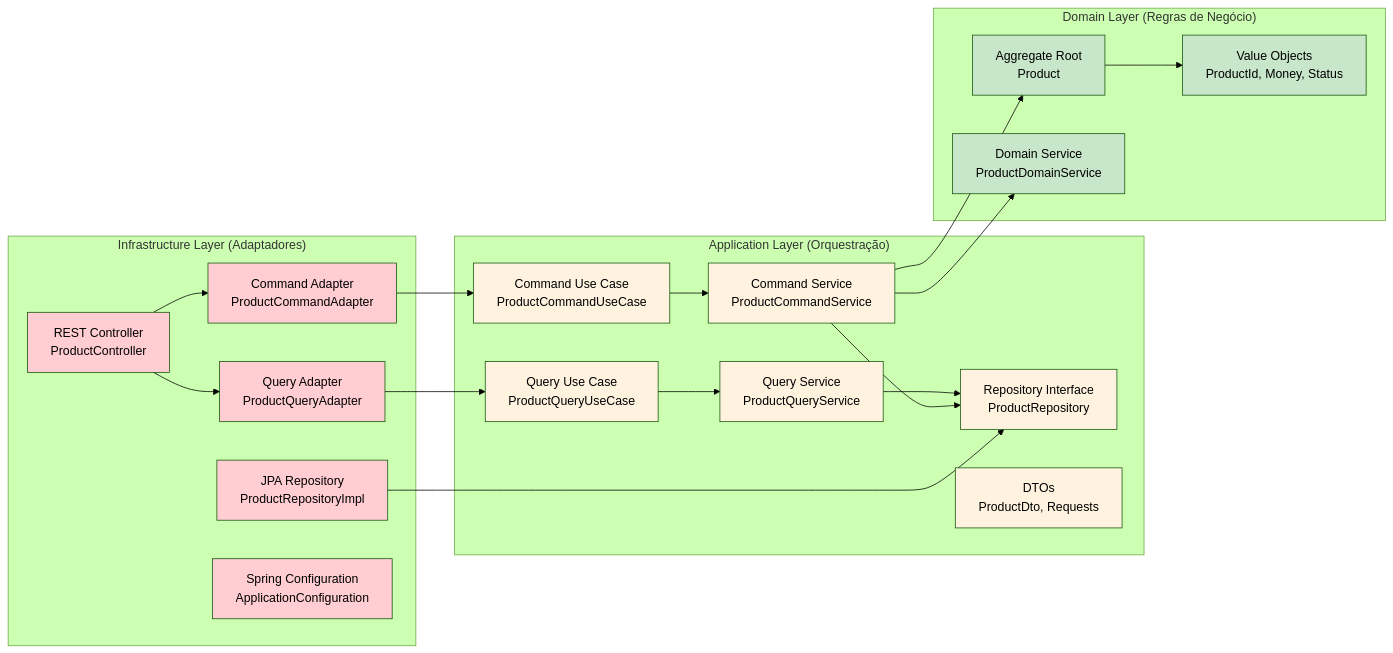
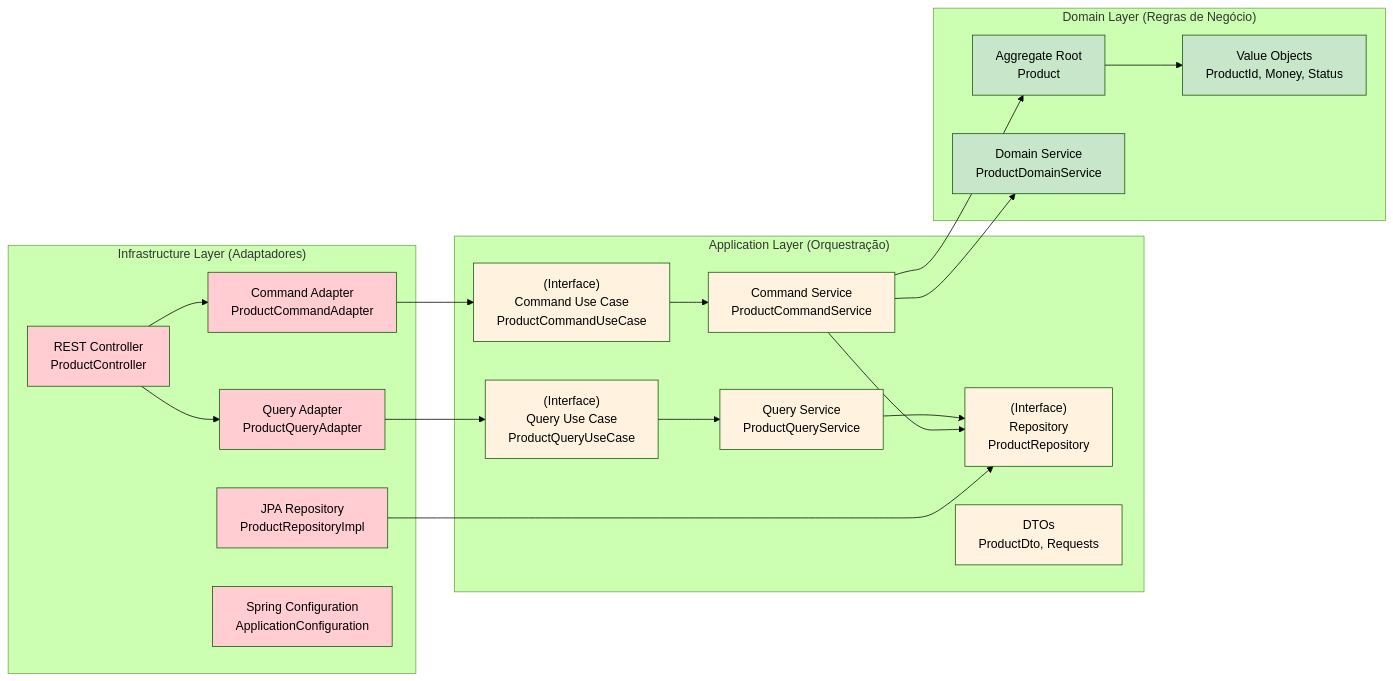
The second of 2 diagrams in README.md (cvagheti/microservice-ddd-hexagonal), drawn with Mermaid (forest theme) before and after one commit. The commit also changed 2 other files, not shown here.

Commit message:
Melhoria em grafico da documentação

````diff
--- a/README.md
+++ b/README.md
@@ -60,58 +60,58 @@
 ```mermaid
 graph LR
     subgraph "Infrastructure Layer (Adaptadores)"
         REST["REST Controller<br/>ProductController"]
         CommandAdapter["Command Adapter<br/>ProductCommandAdapter"]
         QueryAdapter["Query Adapter<br/>ProductQueryAdapter"]
         Persistence["JPA Repository<br/>ProductRepositoryImpl"]
         Config["Spring Configuration<br/>ApplicationConfiguration"]
     end
     
     subgraph "Application Layer (Orquestração)"
         CommandService["Command Service<br/>ProductCommandService"]
         QueryService["Query Service<br/>ProductQueryService"]
-        CommandUseCase["Command Use Case<br/>ProductCommandUseCase"]
-        QueryUseCase["Query Use Case<br/>ProductQueryUseCase"]
-        Repository["Repository Interface<br/>ProductRepository"]
+        CommandUseCase["(Interface) <br />Command Use Case<br/>ProductCommandUseCase"]
+        QueryUseCase["(Interface) <br/>Query Use Case<br/>ProductQueryUseCase"]
+        Repository["(Interface) <br/>Repository<br/>ProductRepository"]
         DTO["DTOs<br/>ProductDto, Requests"]
     end
     
     subgraph "Domain Layer (Regras de Negócio)"
         Entity["Aggregate Root<br/>Product"]
         ValueObject["Value Objects<br/>ProductId, Money, Status"]
         DomainService["Domain Service<br/>ProductDomainService"]
     end
     
     REST --> CommandAdapter
     REST --> QueryAdapter
     
     CommandAdapter --> CommandUseCase
     QueryAdapter --> QueryUseCase
     
     CommandUseCase --> CommandService
     QueryUseCase --> QueryService
     
     CommandService --> DomainService
     QueryService --> Repository
     
     CommandService --> Repository
     Persistence --> Repository
     
     CommandService --> Entity
     Entity --> ValueObject
     
     style REST fill:#ffcdd2
     style CommandAdapter fill:#ffcdd2
     style QueryAdapter fill:#ffcdd2
     style Persistence fill:#ffcdd2
     style Config fill:#ffcdd2
     style CommandService fill:#fff3e0
     style QueryService fill:#fff3e0
     style CommandUseCase fill:#fff3e0
     style QueryUseCase fill:#fff3e0
     style DTO fill:#fff3e0
     style Entity fill:#c8e6c9
     style ValueObject fill:#c8e6c9
     style DomainService fill:#c8e6c9
     style Repository fill:#fff3e0
 ```
````
